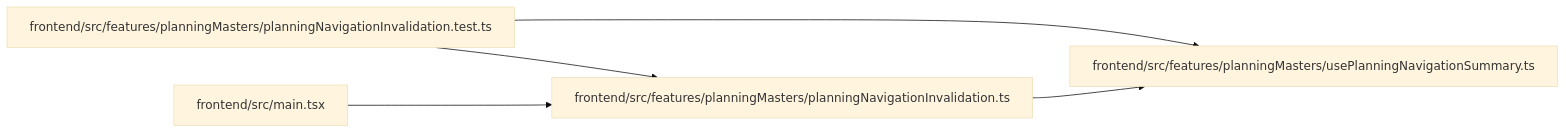
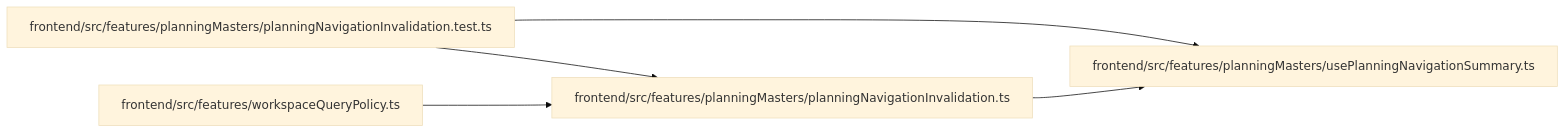
The diagram in docs/llm_wiki/modules/planningNavigationInvalidation.md (Denissvgn/WorkChord), drawn with Mermaid (base theme) before and after one commit. The commit also changed other lines of this file and 10148 other files, not shown here.

````diff
--- a/docs/llm_wiki/modules/planningNavigationInvalidation.md
+++ b/docs/llm_wiki/modules/planningNavigationInvalidation.md
@@ -27,15 +27,15 @@
 ```mermaid
 flowchart LR
     n0["frontend/src/features/planningMasters/planningNavigationInvalidation.test.ts"]
     n1["frontend/src/features/planningMasters/planningNavigationInvalidation.ts"]
     n2["frontend/src/features/planningMasters/usePlanningNavigationSummary.ts"]
-    n3["frontend/src/main.tsx"]
+    n3["frontend/src/features/workspaceQueryPolicy.ts"]
     n0 --> n1
     n0 --> n2
     n1 --> n2
     n3 --> n1
     click n0 "../modules/planningNavigationInvalidation.test.md"
     click n1 "../modules/planningNavigationInvalidation.md"
     click n2 "../modules/usePlanningNavigationSummary.md"
-    click n3 "../modules/src_main.md"
+    click n3 "../modules/workspaceQueryPolicy.md"
 ```
````
